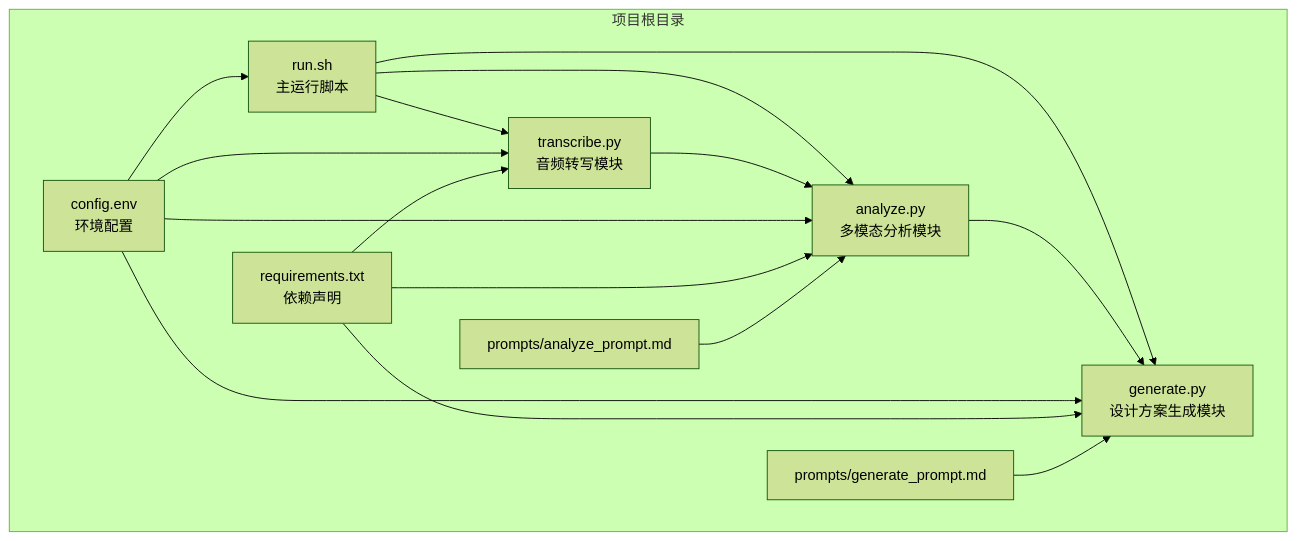
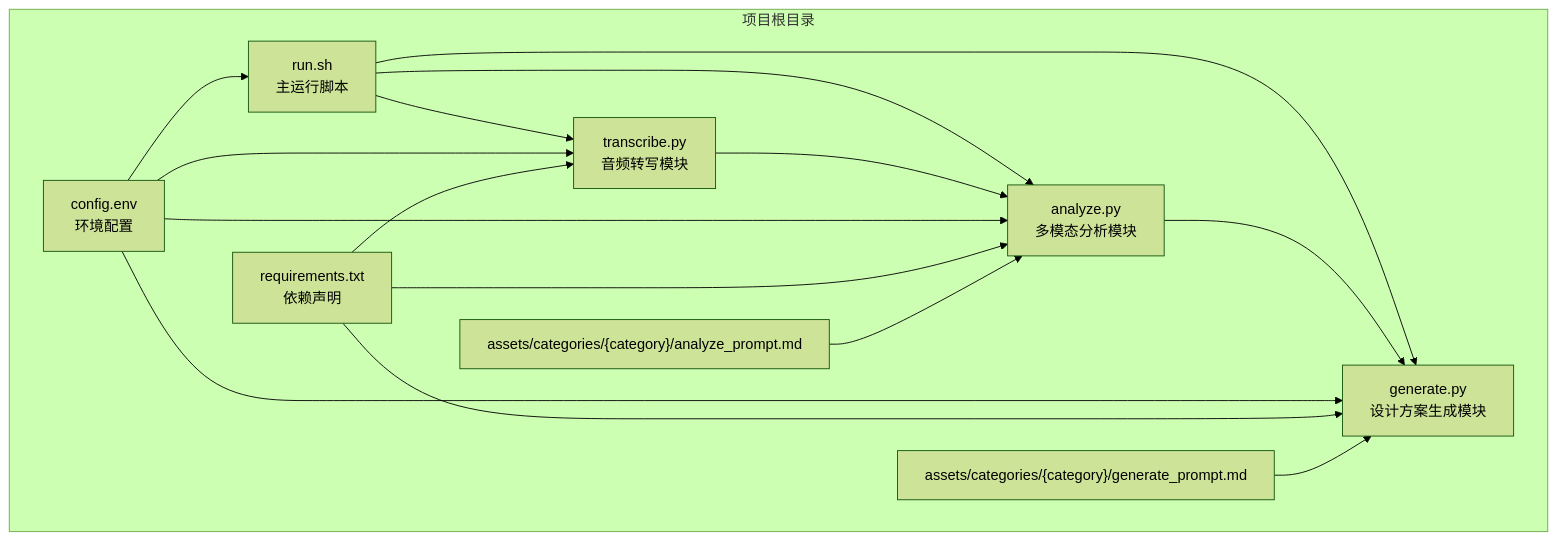
The first of 5 diagrams in .qoder/repowiki/zh/content/核心模块详解/音频转写模块.md (WongMingJiu/landingpage-test-hero-page), drawn with Mermaid (forest theme) before and after one commit. The commit also changed other lines of this file and 53 other files, not shown here.

````diff
--- a/.qoder/repowiki/zh/content/核心模块详解/音频转写模块.md
+++ b/.qoder/repowiki/zh/content/核心模块详解/音频转写模块.md
@@ -33,27 +33,27 @@
 ```mermaid
 graph TB
 subgraph "项目根目录"
 RUN["run.sh<br/>主运行脚本"]
 CONF["config.env<br/>环境配置"]
 REQ["requirements.txt<br/>依赖声明"]
 TRANS["transcribe.py<br/>音频转写模块"]
 ANA["analyze.py<br/>多模态分析模块"]
 GEN["generate.py<br/>设计方案生成模块"]
-PROMPT_A["prompts/analyze_prompt.md"]
-PROMPT_G["prompts/generate_prompt.md"]
+PROMPT_A["assets/categories/{category}/analyze_prompt.md"]
+PROMPT_G["assets/categories/{category}/generate_prompt.md"]
 end
 RUN --> TRANS
 RUN --> ANA
 RUN --> GEN
 TRANS --> ANA
 ANA --> GEN
 CONF --> RUN
 CONF --> TRANS
 CONF --> ANA
 CONF --> GEN
 REQ --> TRANS
 REQ --> ANA
 REQ --> GEN
 PROMPT_A --> ANA
 PROMPT_G --> GEN
 ```
````
